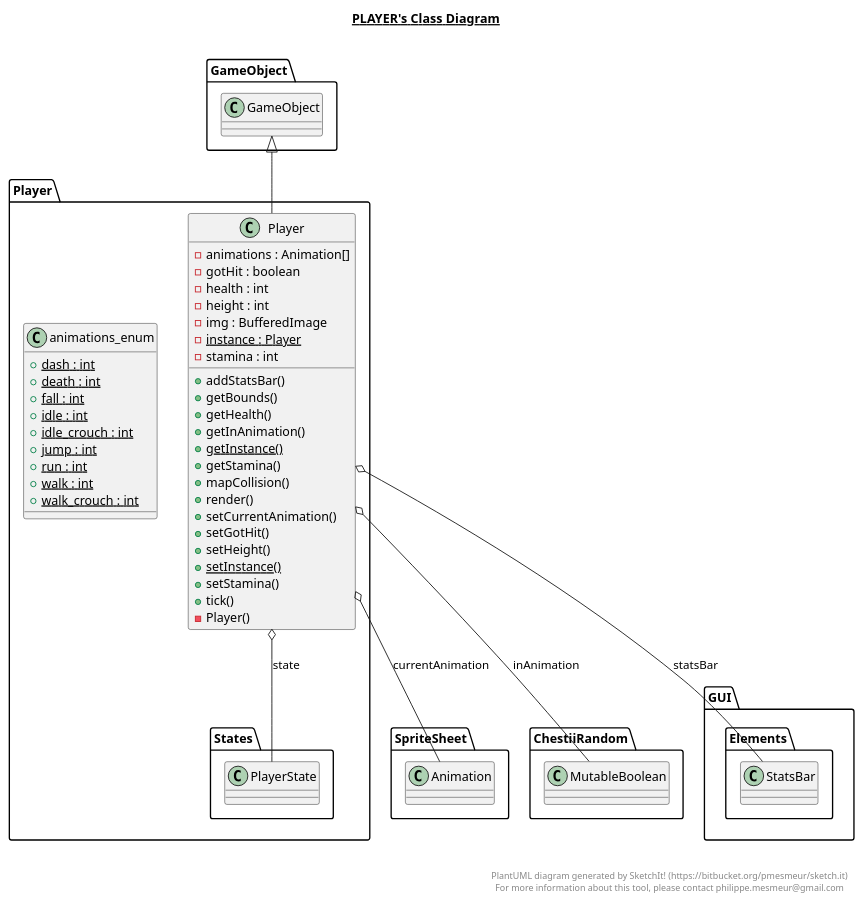
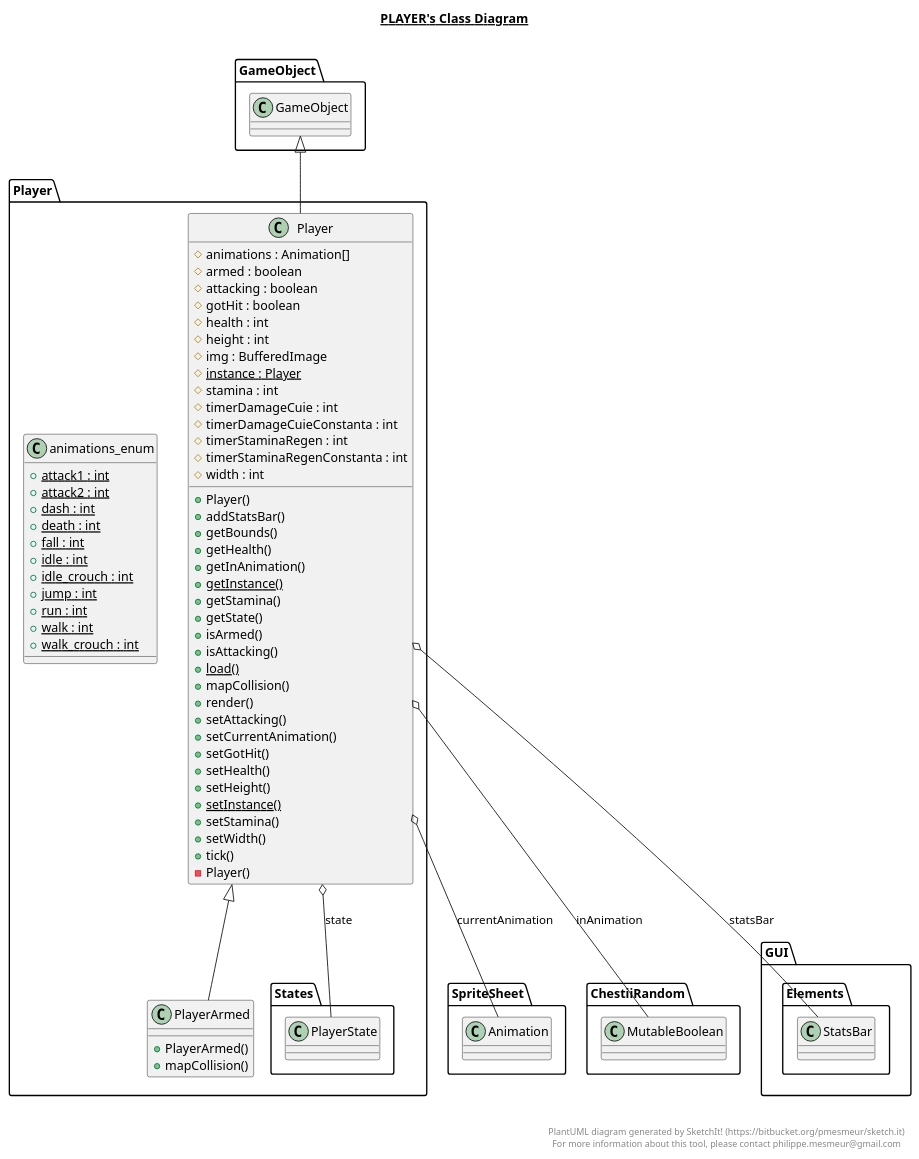
Before and after one commit to IulianMurariu-Tanasache/ProiectPAOO_FirstDungeon: the diagram in out/production/_Proiect/Player/Player.plantuml, drawn with PlantUML. The commit also changed 186 other files, not shown here.

```diff
--- a/out/production/_Proiect/Player/Player.plantuml
+++ b/out/production/_Proiect/Player/Player.plantuml
@@ -1,62 +1,88 @@
 @startuml
 
 title __PLAYER's Class Diagram__\n
 
   namespace Player {
     class Player.Player {
-        - animations : Animation[]
-        - gotHit : boolean
-        - health : int
-        - height : int
-        - img : BufferedImage
-        {static} - instance : Player
-        - stamina : int
+        # animations : Animation[]
+        # armed : boolean
+        # attacking : boolean
+        # gotHit : boolean
+        # health : int
+        # height : int
+        # img : BufferedImage
+        {static} # instance : Player
+        # stamina : int
+        # timerDamageCuie : int
+        # timerDamageCuieConstanta : int
+        # timerStaminaRegen : int
+        # timerStaminaRegenConstanta : int
+        # width : int
+        + Player()
         + addStatsBar()
         + getBounds()
         + getHealth()
         + getInAnimation()
         {static} + getInstance()
         + getStamina()
+        + getState()
+        + isArmed()
+        + isAttacking()
+        {static} + load()
         + mapCollision()
         + render()
+        + setAttacking()
         + setCurrentAnimation()
         + setGotHit()
+        + setHealth()
         + setHeight()
         {static} + setInstance()
         + setStamina()
+        + setWidth()
         + tick()
         - Player()
     }
   }
   
 
   namespace Player {
+    class Player.PlayerArmed {
+        + PlayerArmed()
+        + mapCollision()
+    }
+  }
+  
+
+  namespace Player {
     class Player.animations_enum {
+        {static} + attack1 : int
+        {static} + attack2 : int
         {static} + dash : int
         {static} + death : int
         {static} + fall : int
         {static} + idle : int
         {static} + idle_crouch : int
         {static} + jump : int
         {static} + run : int
         {static} + walk : int
         {static} + walk_crouch : int
     }
   }
   
 
   Player.Player -up-|> GameObject.GameObject
   Player.Player o-- SpriteSheet.Animation : currentAnimation
   Player.Player o-- ChestiiRandom.MutableBoolean : inAnimation
   Player.Player o-- Player.States.PlayerState : state
   Player.Player o-- GUI.Elements.StatsBar : statsBar
+  Player.PlayerArmed -up-|> Player.Player
 
 
 right footer
 
 
 PlantUML diagram generated by SketchIt! (https://bitbucket.org/pmesmeur/sketch.it)
 For more information about this tool, please contact philippe.mesmeur@gmail.com
 endfooter
 
 @enduml
```
